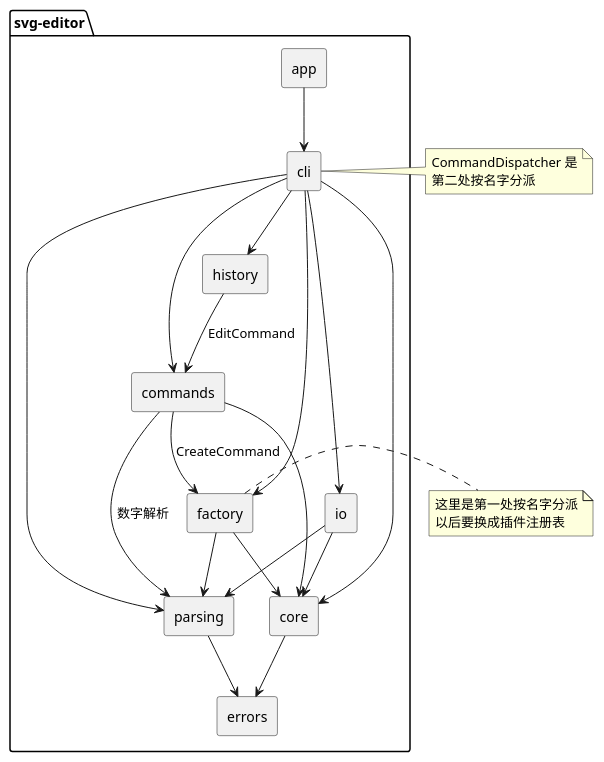
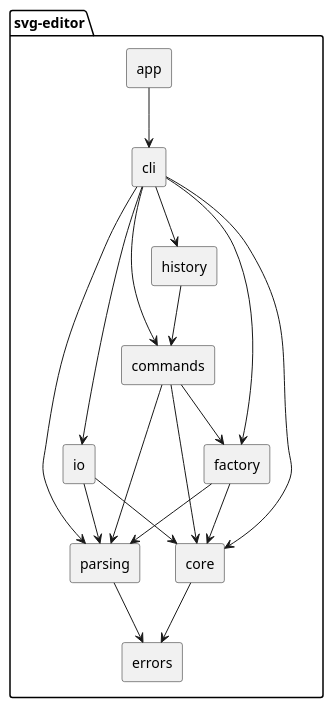
One commit to cyuanb/svg-editor changed the diagram in doc/README.md. Above: the diagram before and after it, drawn with PlantUML. The commit also changed other lines of this file, not shown here.

Commit message:
docs: tighten architecture document

````diff
--- a/doc/README.md
+++ b/doc/README.md
@@ -27,45 +23,35 @@
 ```plantuml
 @startuml
 skinparam componentStyle rectangle
 
 package "svg-editor" {
   [app] as App
   [cli] as Cli
   [history] as History
   [commands] as Commands
   [factory] as Factory
   [io] as IO
   [parsing] as Parsing
   [core] as Core
   [errors] as Errors
 
   App --> Cli
   Cli --> Commands
   Cli --> History
   Cli --> Factory
   Cli --> IO
   Cli --> Parsing
   Cli --> Core
-  History --> Commands : EditCommand
+  History --> Commands
   Commands --> Core
-  Commands --> Factory : CreateCommand
-  Commands --> Parsing : 数字解析
+  Commands --> Factory
+  Commands --> Parsing
   Factory --> Core
   Factory --> Parsing
   IO --> Core
   IO --> Parsing
   Parsing --> Errors
   Core --> Errors
 }
-
-note right of Factory
-  这里是第一处按名字分派
-  以后要换成插件注册表
-end note
-
-note right of Cli
-  CommandDispatcher 是
-  第二处按名字分派
-end note
 @enduml
 ```
````
